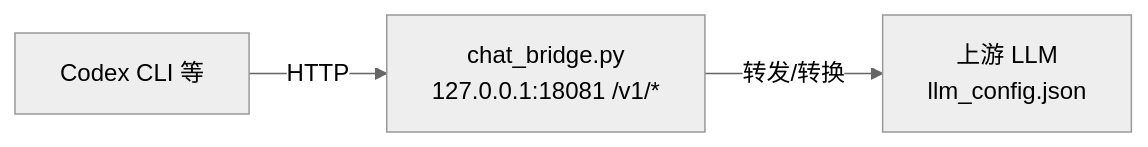
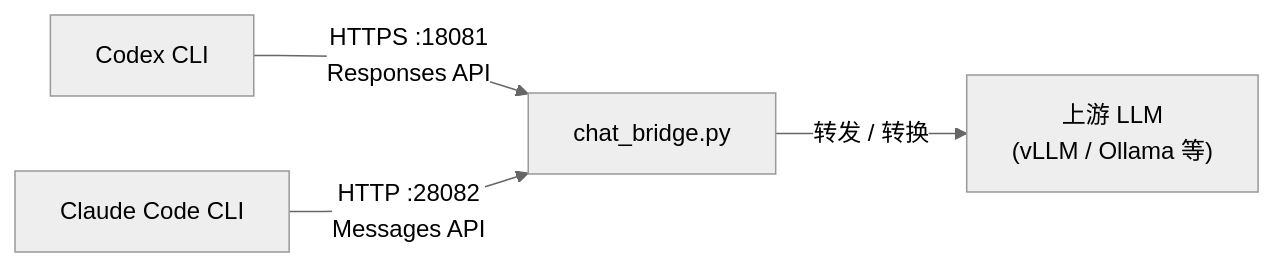
Before and after one commit to LovenSar/Codex_Bridge: the diagram in README.md, drawn with Mermaid (neutral theme). The commit also changed other lines of this file and 6 other files, not shown here.

First line of the commit message:
v0.3.0: dual-port HTTPS/HTTP, Claude Code support, docs overhaul

````diff
--- a/README.md
+++ b/README.md
@@ -11,9 +5,11 @@
 ```mermaid
 flowchart LR
-  A["Codex CLI 等"]
-  B["chat_bridge.py<br/>127.0.0.1:18081 /v1/*"]
-  C["上游 LLM<br/>llm_config.json"]
+  A["Codex CLI"]
+  B["Claude Code CLI"]
+  C["chat_bridge.py"]
+  D["上游 LLM<br/>(vLLM / Ollama 等)"]
 
-  A -->|"HTTP"| B
-  B -->|"转发/转换"| C
+  A -->|"HTTPS :18081<br/>Responses API"| C
+  B -->|"HTTP :28082<br/>Messages API"| C
+  C -->|"转发 / 转换"| D
 ```
````
